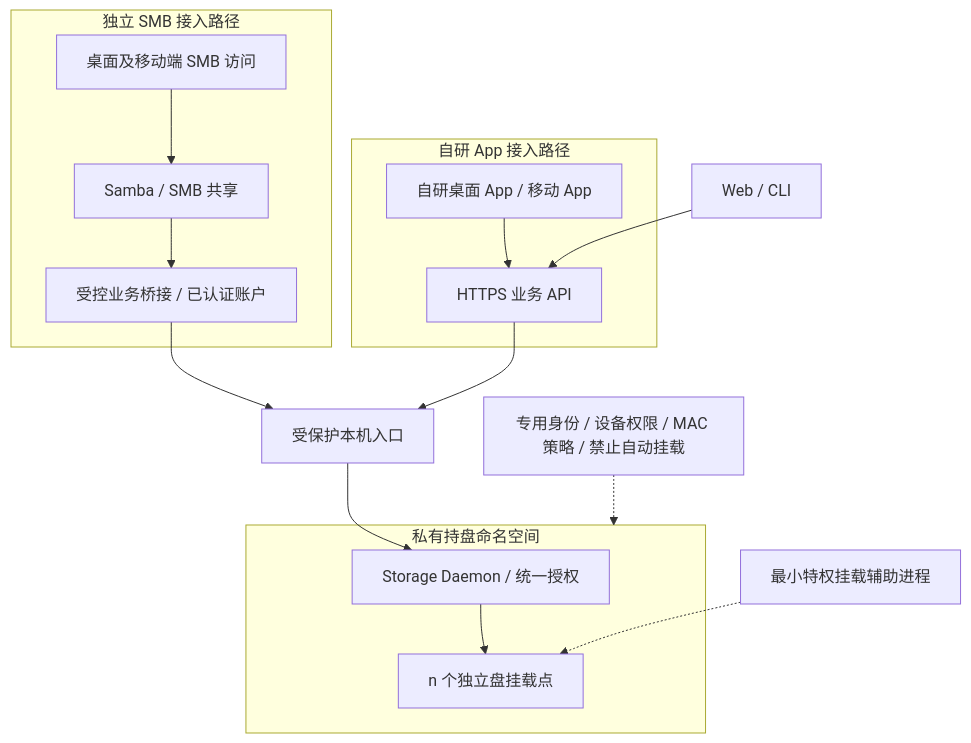
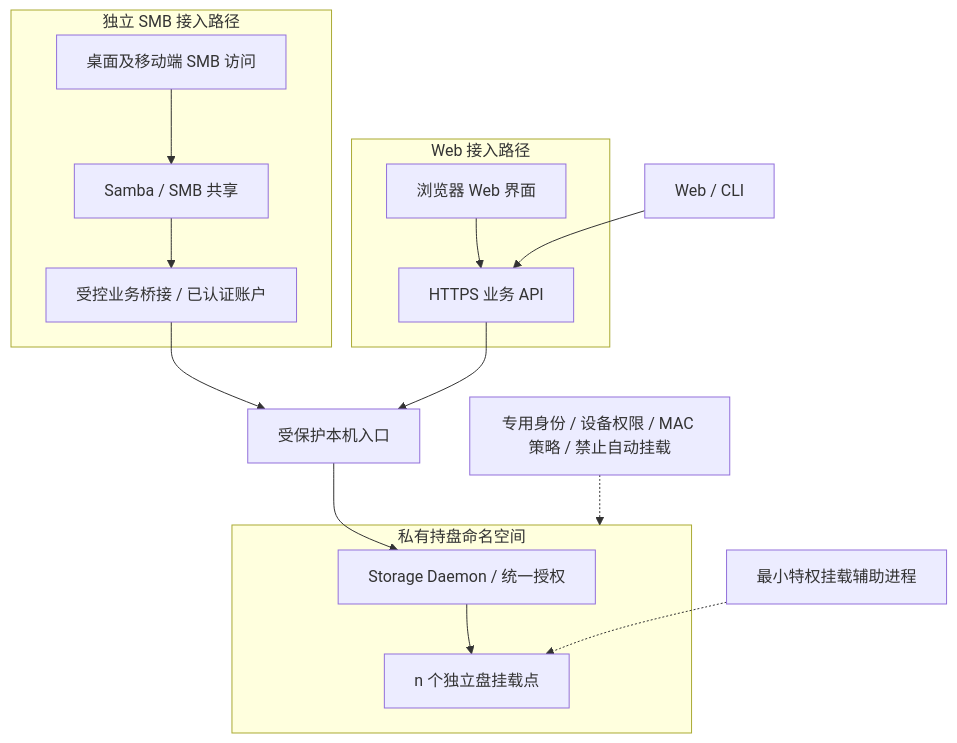
One commit to isarmg/xcs changed the diagram in docs/14-security-and-permissions.md. Above: the diagram before and after it, drawn with Mermaid. The commit also changed other lines of this file and 2088 other files, not shown here.

````diff
--- a/docs/14-security-and-permissions.md
+++ b/docs/14-security-and-permissions.md
@@ -26,21 +26,21 @@
 ```mermaid
 flowchart TB
-    subgraph AACCESS[自研 App 接入路径]
-        NATIVE[自研桌面 App / 移动 App] --> GW[HTTPS 业务 API]
+    subgraph AACCESS[Web 接入路径]
+        BROWSER[浏览器 Web 界面] --> GW[HTTPS 业务 API]
     end
     subgraph SACCESS[独立 SMB 接入路径]
         SMBC[桌面及移动端 SMB 访问] --> SMB[Samba / SMB 共享]
         SMB --> BRIDGE[受控业务桥接 / 已认证账户]
     end
     OTHER[Web / CLI] --> GW
     BRIDGE --> SOCK[受保护本机入口]
     GW --> SOCK
     subgraph PRIVATE[私有持盘命名空间]
         CORE[Storage Daemon / 统一授权]
         PHYS[n 个独立盘挂载点]
         CORE --> PHYS
     end
     SOCK --> CORE
     HELPER[最小特权挂载辅助进程] -.-> PHYS
     GUARD[专用身份 / 设备权限 / MAC 策略 / 禁止自动挂载] -.-> PRIVATE
 ```
````
